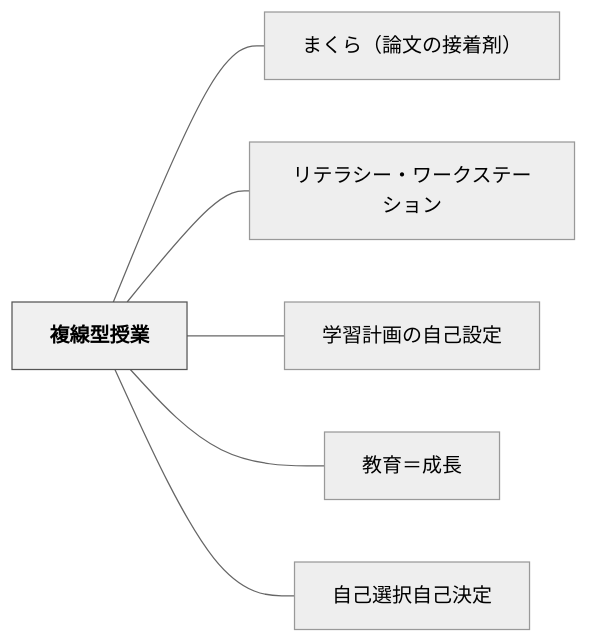
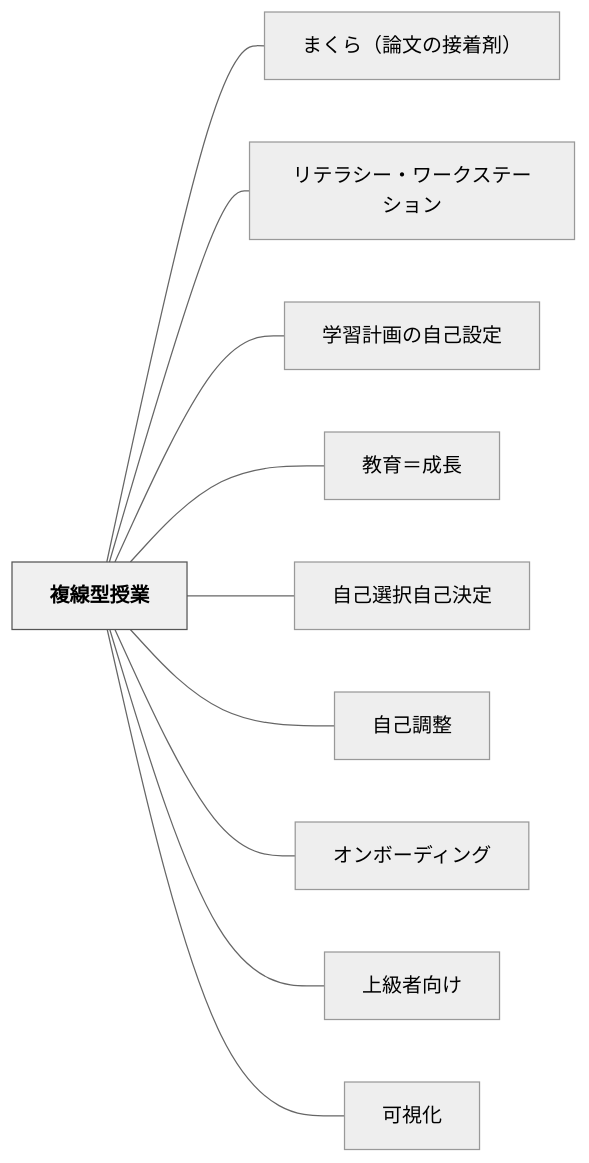
Before and after one commit to unknownthings-ed-patterns/unknownthings-ed-patterns: the diagram in content/パタン/複線型授業.md, drawn with Mermaid (neutral theme). The commit also changed other lines of this file and 100 other files, not shown here.

````diff
--- a/content/パタン/複線型授業.md
+++ b/content/パタン/複線型授業.md
@@ -93,18 +91,26 @@
 ```mermaid
 flowchart LR
     ne8a487e7b79ae59e8be68e88e6a5ad["複線型授業"]
     ne381bee3818fe38289efbc88e8ab96e69687e381aee68ea5e79d80e589a4efbc89["まくら（論文の接着剤）"]
     ne383aae38386e383a9e382b7e383bce383bbe383afe383bce382afe382b9e38386e383bce382b7e383a7e383b3["リテラシー・ワークステーション"]
     ne5ada6e7bf92e8a888e794bbe381aee887aae5b7b1e8a8ade5ae9a["学習計画の自己設定"]
     ne69599e882b2efbc9de68890e995b7["教育＝成長"]
     ne887aae5b7b1e981b8e68a9ee887aae5b7b1e6b1bae5ae9a["自己選択自己決定"]
+    ne887aae5b7b1e8aabfe695b4["自己調整"]
+    ne382aae383b3e3839ce383bce38387e382a3e383b3e382b0["オンボーディング"]
+    ne4b88ae7b49ae88085e59091e38191["上級者向け"]
+    ne58fafe8a696e58c96["可視化"]
 
     ne8a487e7b79ae59e8be68e88e6a5ad --- ne381bee3818fe38289efbc88e8ab96e69687e381aee68ea5e79d80e589a4efbc89
     ne8a487e7b79ae59e8be68e88e6a5ad --- ne383aae38386e383a9e382b7e383bce383bbe383afe383bce382afe382b9e38386e383bce382b7e383a7e383b3
     ne8a487e7b79ae59e8be68e88e6a5ad --- ne5ada6e7bf92e8a888e794bbe381aee887aae5b7b1e8a8ade5ae9a
     ne8a487e7b79ae59e8be68e88e6a5ad --- ne69599e882b2efbc9de68890e995b7
     ne8a487e7b79ae59e8be68e88e6a5ad --- ne887aae5b7b1e981b8e68a9ee887aae5b7b1e6b1bae5ae9a
+    ne8a487e7b79ae59e8be68e88e6a5ad --- ne887aae5b7b1e8aabfe695b4
+    ne8a487e7b79ae59e8be68e88e6a5ad --- ne382aae383b3e3839ce383bce38387e382a3e383b3e382b0
+    ne8a487e7b79ae59e8be68e88e6a5ad --- ne4b88ae7b49ae88085e59091e38191
+    ne8a487e7b79ae59e8be68e88e6a5ad --- ne58fafe8a696e58c96
 
     classDef hub fill:#f0f0f0,stroke:#555,color:#000,font-weight:bold
     class ne8a487e7b79ae59e8be68e88e6a5ad hub
 ```
````
